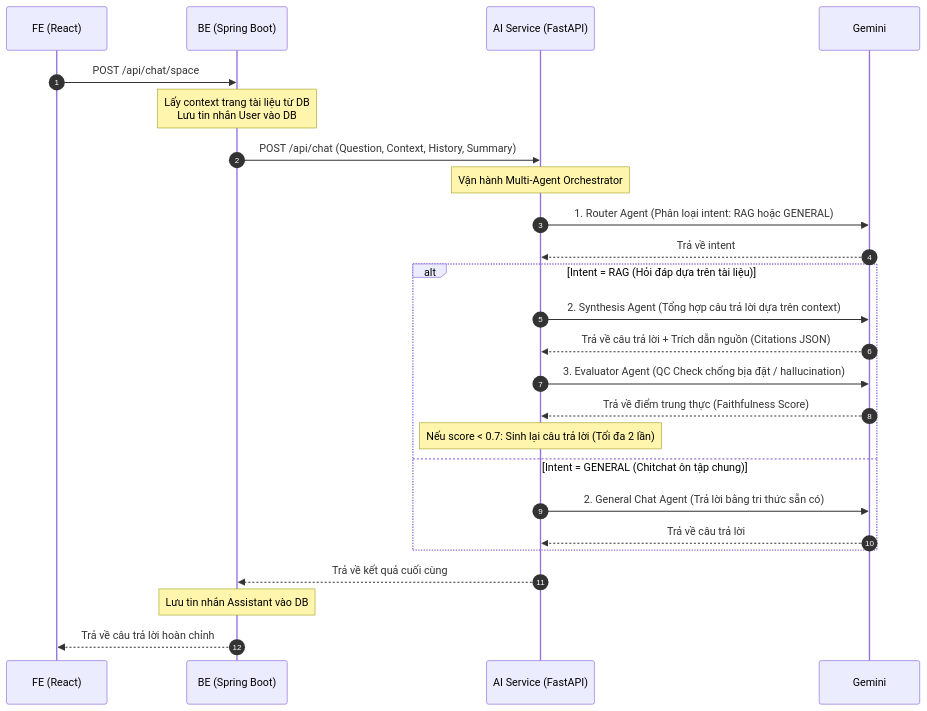
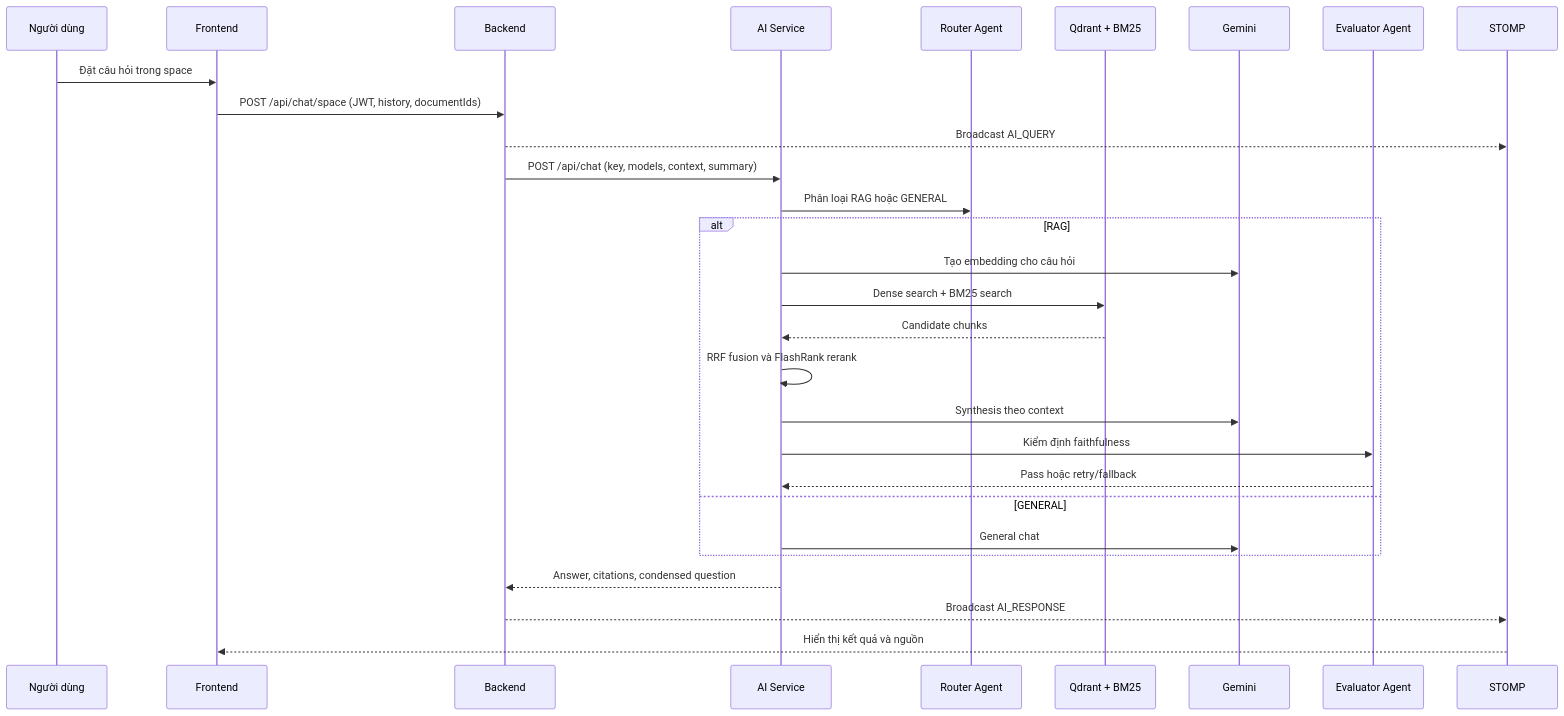
Before and after one commit to NHACTAOHOCBAI/mora-ai: the second of 2 diagrams in README.md, drawn with Mermaid. The commit also changed other lines of this file and 11 other files, not shown here.

````diff
--- a/README.md
+++ b/README.md
@@ -60,26 +38,32 @@
 ```mermaid
 sequenceDiagram
-    autonumber
-    FE (React)->>BE (Spring Boot): POST /api/chat/space
-    Note over BE (Spring Boot): Lấy context trang tài liệu từ DB<br/>Lưu tin nhắn User vào DB
-    BE (Spring Boot)->>AI Service (FastAPI): POST /api/chat (Question, Context, History, Summary)
-    
-    Note over AI Service (FastAPI): Vận hành Multi-Agent Orchestrator
-    AI Service (FastAPI)->>Gemini: 1. Router Agent (Phân loại intent: RAG hoặc GENERAL)
-    Gemini-->>AI Service (FastAPI): Trả về intent
+  participant U as Người dùng
+  participant FE as Frontend
+  participant BE as Backend
+  participant AI as AI Service
+  participant R as Router Agent
+  participant Q as Qdrant + BM25
+  participant G as Gemini
+  participant E as Evaluator Agent
+  participant WS as STOMP
 
-    alt Intent = RAG (Hỏi đáp dựa trên tài liệu)
-        AI Service (FastAPI)->>Gemini: 2. Synthesis Agent (Tổng hợp câu trả lời dựa trên context)
-        Gemini-->>AI Service (FastAPI): Trả về câu trả lời + Trích dẫn nguồn (Citations JSON)
-        AI Service (FastAPI)->>Gemini: 3. Evaluator Agent (QC Check chống bịa đặt / hallucination)
-        Gemini-->>AI Service (FastAPI): Trả về điểm trung thực (Faithfulness Score)
-        Note over AI Service (FastAPI): Nếu score < 0.7: Sinh lại câu trả lời (Tối đa 2 lần)
-    else Intent = GENERAL (Chitchat ôn tập chung)
-        AI Service (FastAPI)->>Gemini: 2. General Chat Agent (Trả lời bằng tri thức sẵn có)
-        Gemini-->>AI Service (FastAPI): Trả về câu trả lời
-    end
-
-    AI Service (FastAPI)-->>BE (Spring Boot): Trả về kết quả cuối cùng
-    Note over BE (Spring Boot): Lưu tin nhắn Assistant vào DB
-    BE (Spring Boot)-->>FE (React): Trả về câu trả lời hoàn chỉnh
+  U->>FE: Đặt câu hỏi trong space
+  FE->>BE: POST /api/chat/space (JWT, history, documentIds)
+  BE-->>WS: Broadcast AI_QUERY
+  BE->>AI: POST /api/chat (key, models, context, summary)
+  AI->>R: Phân loại RAG hoặc GENERAL
+  alt RAG
+    AI->>G: Tạo embedding cho câu hỏi
+    AI->>Q: Dense search + BM25 search
+    Q-->>AI: Candidate chunks
+    AI->>AI: RRF fusion và FlashRank rerank
+    AI->>G: Synthesis theo context
+    AI->>E: Kiểm định faithfulness
+    E-->>AI: Pass hoặc retry/fallback
+  else GENERAL
+    AI->>G: General chat
+  end
+  AI-->>BE: Answer, citations, condensed question
+  BE-->>WS: Broadcast AI_RESPONSE
+  WS-->>FE: Hiển thị kết quả và nguồn
 ```
````
